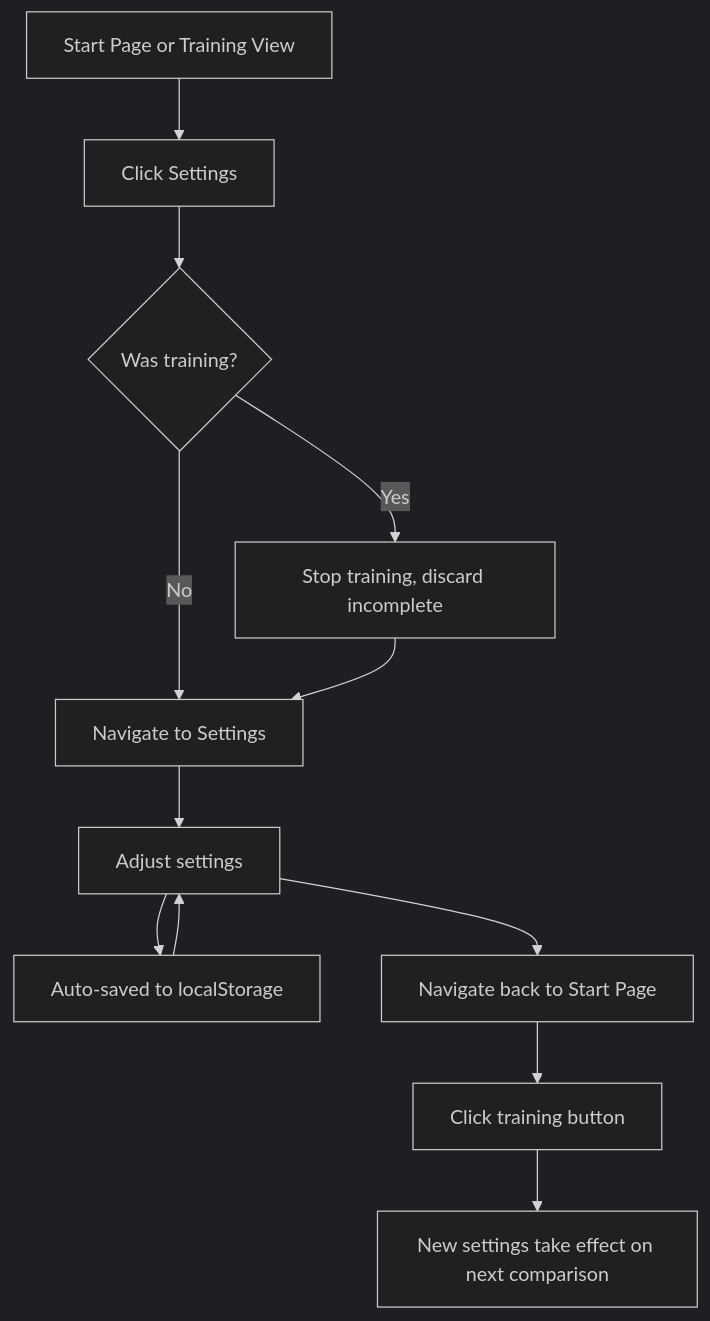
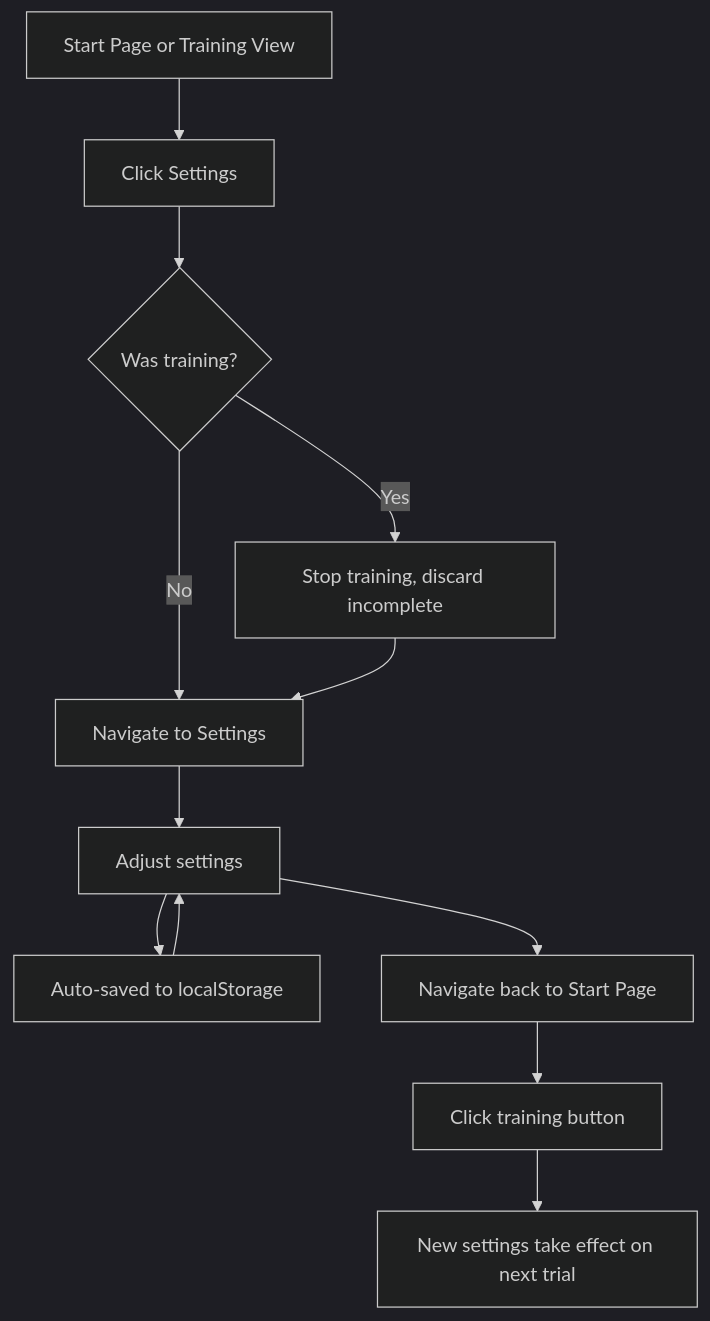
The fifth of 5 diagrams in docs/planning-artifacts/ux-design-specification.md (mschuerig/peach-web), drawn with Mermaid (dark theme) before and after one commit. The commit also changed other lines of this file and 6 other files, not shown here.

````diff
--- a/docs/planning-artifacts/ux-design-specification.md
+++ b/docs/planning-artifacts/ux-design-specification.md
@@ -705,14 +705,14 @@
 ```mermaid
 flowchart TD
     A[Start Page or Training View] --> B[Click Settings]
     B --> C{Was training?}
     C -->|Yes| D[Stop training, discard incomplete]
     C -->|No| E[Navigate to Settings]
     D --> E
     E --> F[Adjust settings]
     F --> G[Auto-saved to localStorage]
     G --> F
     F --> H[Navigate back to Start Page]
     H --> I[Click training button]
-    I --> J[New settings take effect on next comparison]
+    I --> J[New settings take effect on next trial]
 ```
````
